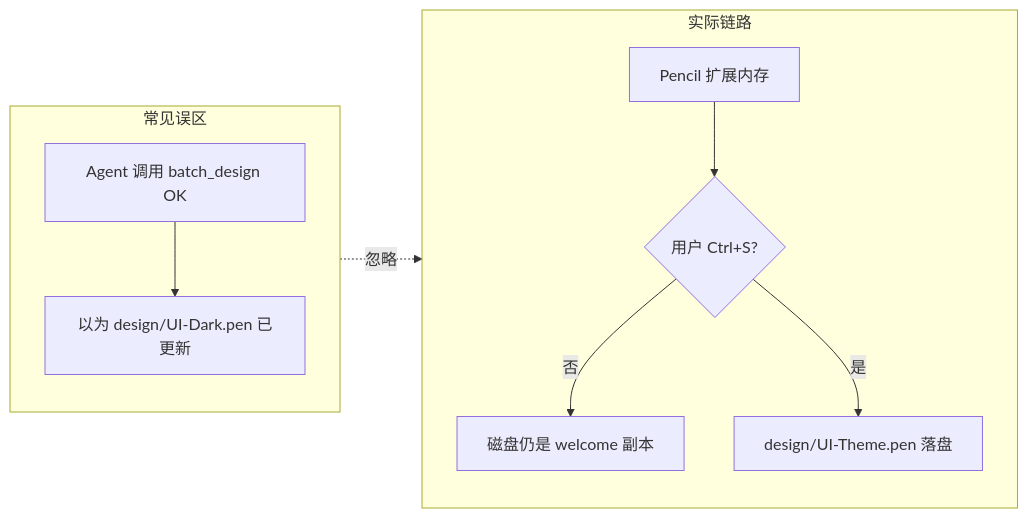
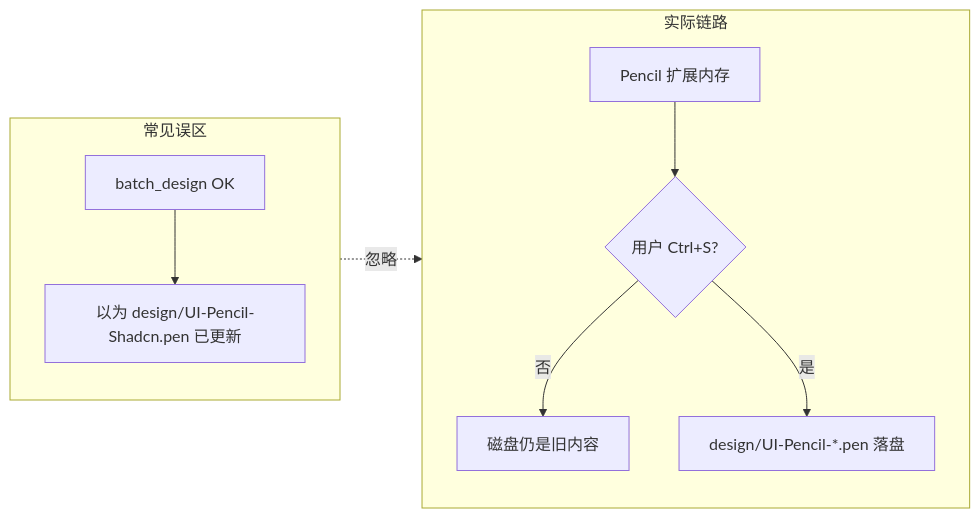
The diagram in design/PENCIL-GUIDE.md (baichijun/resume-portfolio), drawn with Mermaid before and after one commit. The commit also changed other lines of this file and 21 other files, not shown here.

````diff
--- a/design/PENCIL-GUIDE.md
+++ b/design/PENCIL-GUIDE.md
@@ -56,12 +67,12 @@
 ```mermaid
 flowchart LR
   subgraph wrong [常见误区]
-    A[Agent 调用 batch_design OK] --> B[以为 design/UI-Dark.pen 已更新]
+    A[batch_design OK] --> B[以为 design/UI-Pencil-Shadcn.pen 已更新]
   end
   subgraph reality [实际链路]
     C[Pencil 扩展内存] --> D{用户 Ctrl+S?}
-    D -->|否| E[磁盘仍是 welcome 副本]
-    D -->|是| F[design/UI-Theme.pen 落盘]
+    D -->|否| E[磁盘仍是旧内容]
+    D -->|是| F[design/UI-Pencil-*.pen 落盘]
   end
   wrong -.->|忽略| reality
 ```
````
